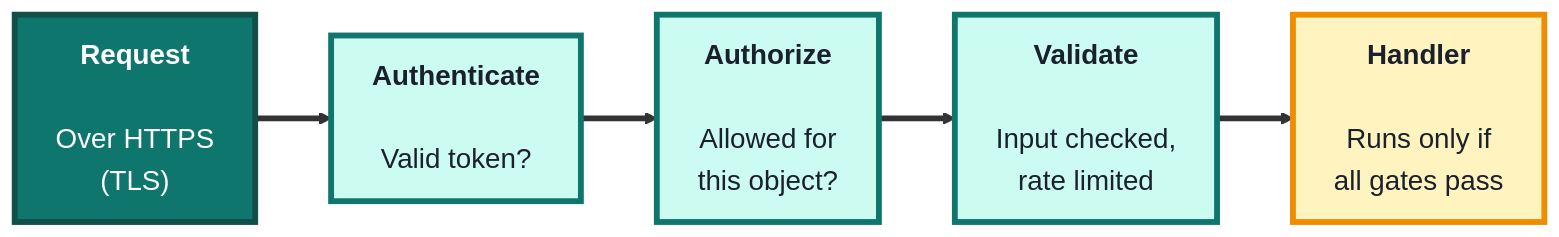
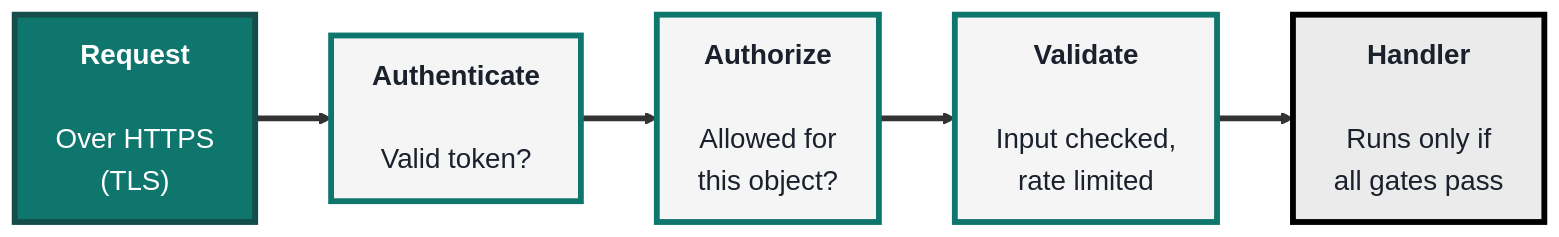
The second of 2 diagrams in src/Pages/courses/TechGuard/module-8-secure-coding.md (SHEMODELTECH/shemodeltech), drawn with Mermaid before and after one commit. The commit also changed other lines of this file and 46 other files, not shown here.

````diff
--- a/src/Pages/courses/TechGuard/module-8-secure-coding.md
+++ b/src/Pages/courses/TechGuard/module-8-secure-coding.md
@@ -103,18 +103,18 @@
 ```mermaid
 %%{init: {'theme':'base', 'themeVariables': {'fontSize':'19px', 'primaryTextColor':'#1a202c', 'primaryBorderColor':'#134e4a', 'lineColor':'#333333'}, 'flowchart': {'nodeSpacing': 42, 'rankSpacing': 52, 'padding': 14}}}%%
 flowchart LR
     REQ["<b>Request</b><br/><br/>Over HTTPS<br/>(TLS)"]
     AUTHN["<b>Authenticate</b><br/><br/>Valid token?"]
     AUTHZ["<b>Authorize</b><br/><br/>Allowed for<br/>this object?"]
     VAL["<b>Validate</b><br/><br/>Input checked,<br/>rate limited"]
     OK["<b>Handler</b><br/><br/>Runs only if<br/>all gates pass"]
 
     REQ ==> AUTHN ==> AUTHZ ==> VAL ==> OK
 
     style REQ fill:#0f766e,color:#fff,stroke:#134e4a,stroke-width:4px
-    style AUTHN fill:#ccfbf1,color:#1a202c,stroke:#0f766e,stroke-width:4px
-    style AUTHZ fill:#ccfbf1,color:#1a202c,stroke:#0f766e,stroke-width:4px
-    style VAL fill:#ccfbf1,color:#1a202c,stroke:#0f766e,stroke-width:4px
-    style OK fill:#fff3bf,color:#1a202c,stroke:#f08c00,stroke-width:4px
+    style AUTHN fill:#F5F5F5,color:#1a202c,stroke:#0f766e,stroke-width:4px
+    style AUTHZ fill:#F5F5F5,color:#1a202c,stroke:#0f766e,stroke-width:4px
+    style VAL fill:#F5F5F5,color:#1a202c,stroke:#0f766e,stroke-width:4px
+    style OK fill:#EBEBEB,color:#1a202c,stroke:#000000,stroke-width:4px
     linkStyle default stroke-width:4px,stroke:#333333
 ```
````
